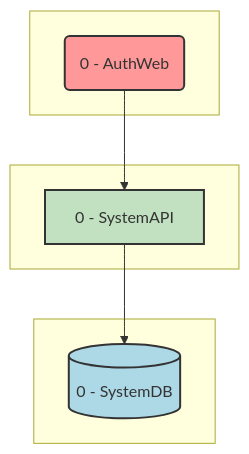
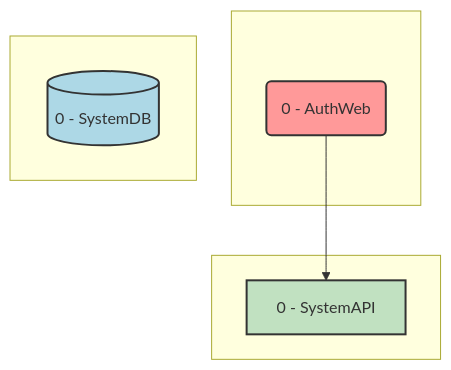
One commit to AstroBookings/.github changed the first of 2 diagrams in profile/1-analysis/5_0-astrobookings-authentication-domain.md. Above: the diagram before and after it, drawn with Mermaid. The commit also changed 2 other files, not shown here.

Commit message:
feat: domain 3

````diff
--- a/profile/1-analysis/5_0-astrobookings-authentication-domain.md
+++ b/profile/1-analysis/5_0-astrobookings-authentication-domain.md
@@ -66,28 +66,28 @@
 ```mermaid
 graph TD
     subgraph Web Applications[" "]
         AuthWeb(0 - AuthWeb)
     end
 
     subgraph API Services[" "]
         SystemAPI[0 - SystemAPI]
     end
 
     subgraph Databases[" "]
         SystemDB[(0 - SystemDB)]
     end
 
     %% Web to API connections
     AuthWeb --> SystemAPI
 
     %% API to Database connection
-    SystemAPI --> SystemDB
+    SystemDB[(0 - SystemDB)]
 
     %% Style
     classDef web fill:#FF9999,stroke:#333,stroke-width:2px;
     classDef api fill:#C1E1C1,stroke:#333,stroke-width:2px;
     classDef db fill:#ADD8E6,stroke:#333,stroke-width:2px;
     class AuthWeb web;
     class SystemAPI api;
     class SystemDB db;
 ```
````
